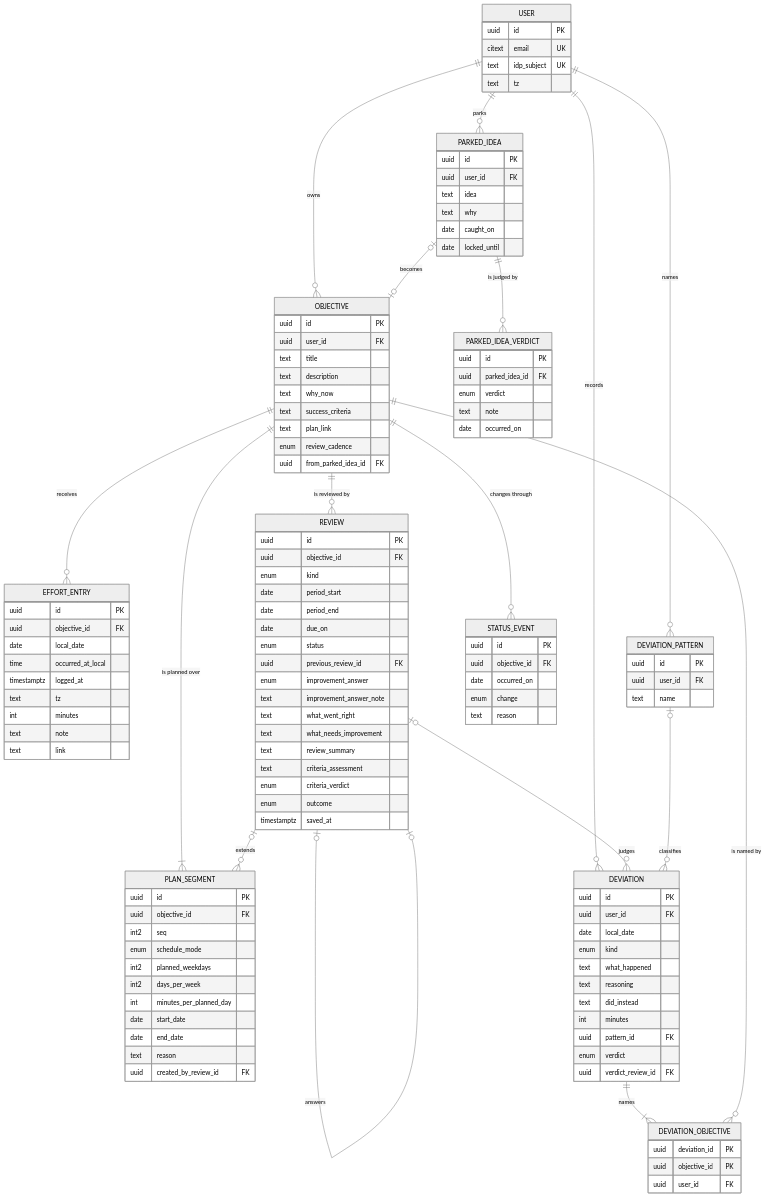
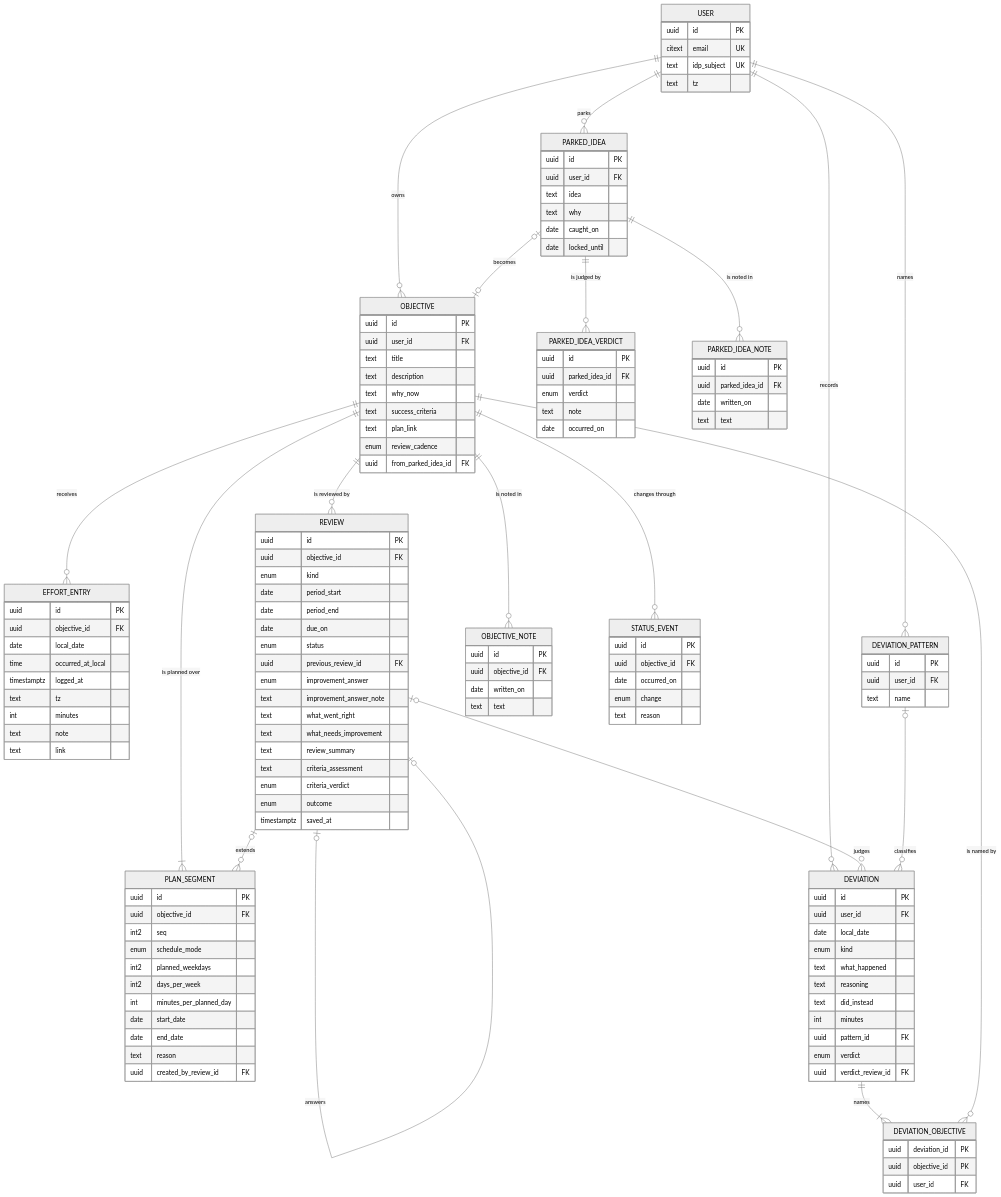
The second of 2 diagrams in docs/erd.md (rohit12242/keel), drawn with Mermaid (neutral theme) before and after one commit. The commit also changed other lines of this file and 2 other files, not shown here.

First line of the commit message:
docs: notes on objectives and parked ideas

````diff
--- a/docs/erd.md
+++ b/docs/erd.md
@@ -199,6 +204,18 @@
         text note
         date occurred_on
     }
+    OBJECTIVE_NOTE {
+        uuid id PK
+        uuid objective_id FK
+        date written_on
+        text text
+    }
+    PARKED_IDEA_NOTE {
+        uuid id PK
+        uuid parked_idea_id FK
+        date written_on
+        text text
+    }
     STATUS_EVENT {
         uuid id PK
         uuid objective_id FK
@@ -216,10 +233,12 @@
     OBJECTIVE ||--o{ EFFORT_ENTRY : receives
     OBJECTIVE ||--o{ REVIEW : "is reviewed by"
     OBJECTIVE ||--o{ STATUS_EVENT : "changes through"
+    OBJECTIVE ||--o{ OBJECTIVE_NOTE : "is noted in"
     REVIEW |o--o{ PLAN_SEGMENT : extends
     REVIEW |o--o{ DEVIATION : judges
     REVIEW |o--o| REVIEW : answers
     DEVIATION_PATTERN |o--o{ DEVIATION : classifies
     PARKED_IDEA ||--o{ PARKED_IDEA_VERDICT : "is judged by"
+    PARKED_IDEA ||--o{ PARKED_IDEA_NOTE : "is noted in"
     PARKED_IDEA |o--o| OBJECTIVE : becomes
 ```
````
